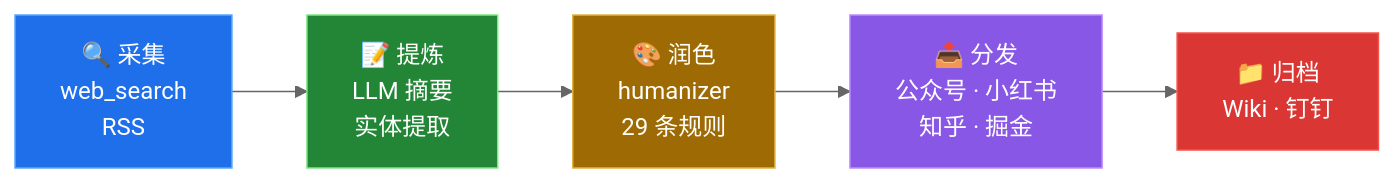
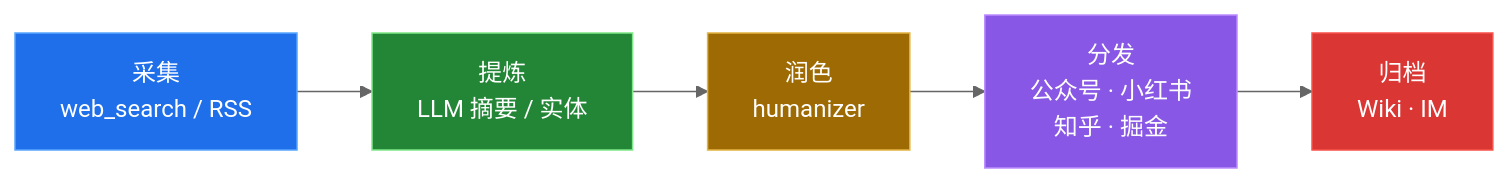
Before and after one commit to leohou0430/my-ai-stack: diagram 12 of 14 in README.md, drawn with Mermaid (neutral theme). The commit also changed other lines of this file and 2 other files, not shown here.

````diff
--- a/README.md
+++ b/README.md
@@ -322,12 +467,12 @@
 ```mermaid
 graph LR
-    A["🔍 采集<br>web_search<br>RSS"] --> B["📝 提炼<br>LLM 摘要<br>实体提取"]
-    B --> C["🎨 润色<br>humanizer<br>29 条规则"]
-    C --> D["📤 分发<br>公众号 · 小红书<br>知乎 · 掘金"]
-    D --> E["📁 归档<br>Wiki · 钉钉"]
+    A["采集<br>web_search / RSS"] --> B["提炼<br>LLM 摘要 / 实体"]
+    B --> C["润色<br>humanizer"]
+    C --> D["分发<br>公众号 · 小红书<br>知乎 · 掘金"]
+    D --> E["归档<br>Wiki · IM"]
     style A fill:#1f6feb,stroke:#58a6ff,color:#fff
     style B fill:#238636,stroke:#7ee787,color:#fff
     style C fill:#9e6a03,stroke:#e3b341,color:#fff
     style D fill:#8957e5,stroke:#bc8cff,color:#fff
     style E fill:#da3633,stroke:#f85149,color:#fff
 ```
````
